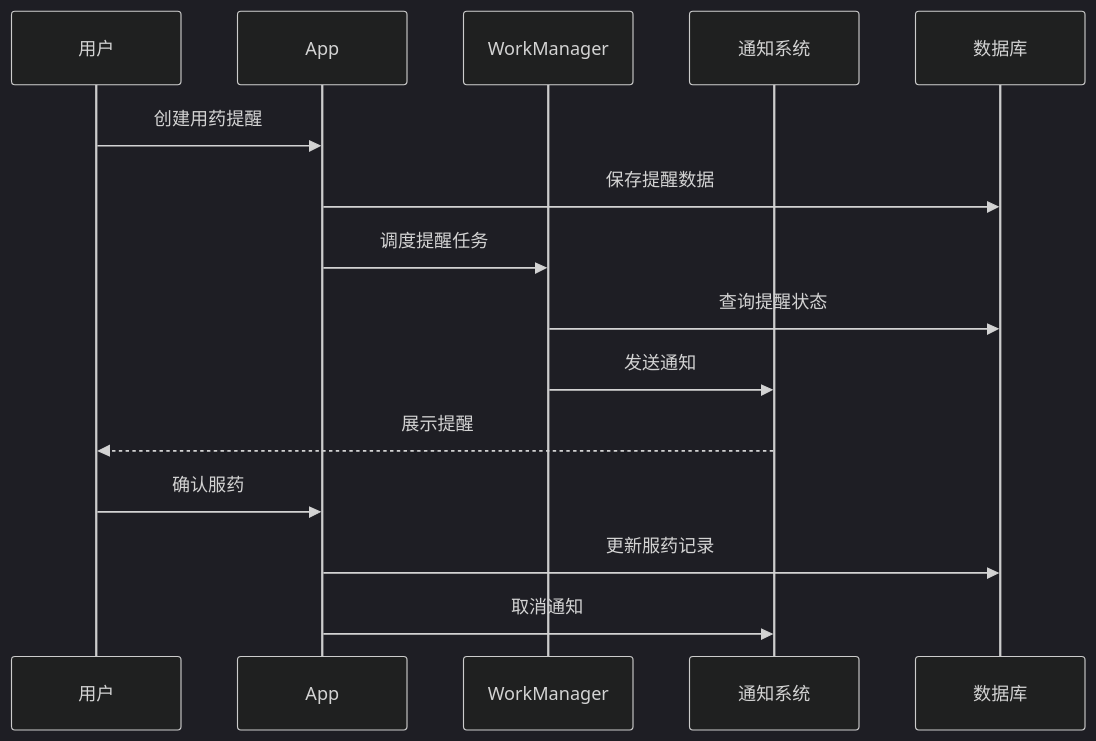
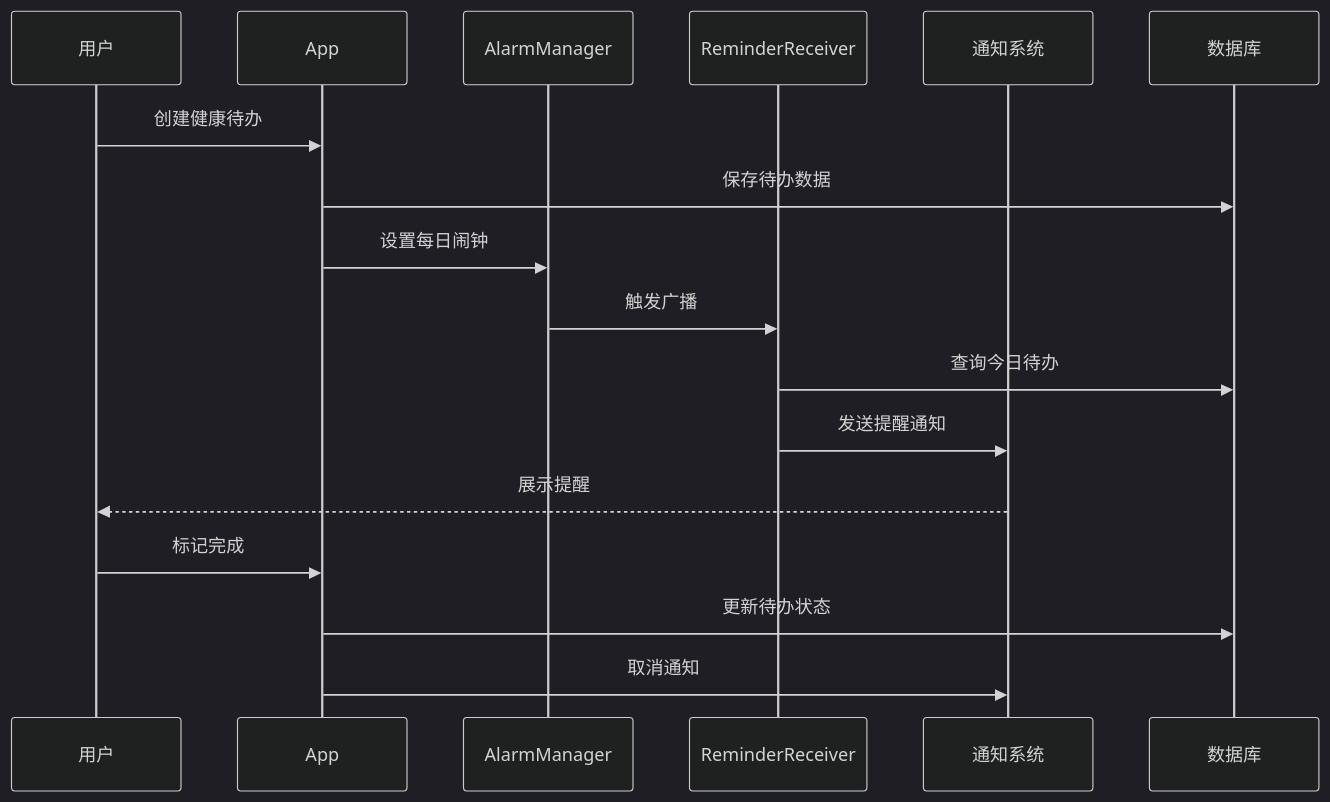
One commit to adra2n/medtrace changed the second of 5 diagrams in DESIGN.md. Above: the diagram before and after it, drawn with Mermaid (dark theme). The commit also changed other lines of this file and 11 other files, not shown here.

````diff
--- a/DESIGN.md
+++ b/DESIGN.md
@@ -125,35 +139,19 @@
 ```mermaid
-
 sequenceDiagram
-
-participant U as 用户
-
-participant A as App
-
-participant W as WorkManager
-
-participant N as 通知系统
-
-participant D as 数据库
-
-  
-
-U->>A: 创建用药提醒
-
-A->>D: 保存提醒数据
-
-A->>W: 调度提醒任务
-
-W->>D: 查询提醒状态
-
-W->>N: 发送通知
-
-N-->>U: 展示提醒
-
-U->>A: 确认服药
-
-A->>D: 更新服药记录
-
-A->>N: 取消通知
-
+    participant U as 用户
+    participant A as App
+    participant AM as AlarmManager
+    participant RR as ReminderReceiver
+    participant N as 通知系统
+    participant D as 数据库
+    U->>A: 创建健康待办
+    A->>D: 保存待办数据
+    A->>AM: 设置每日闹钟
+    AM->>RR: 触发广播
+    RR->>D: 查询今日待办
+    RR->>N: 发送提醒通知
+    N-->>U: 展示提醒
+    U->>A: 标记完成
+    A->>D: 更新待办状态
+    A->>N: 取消通知
 ```
````
